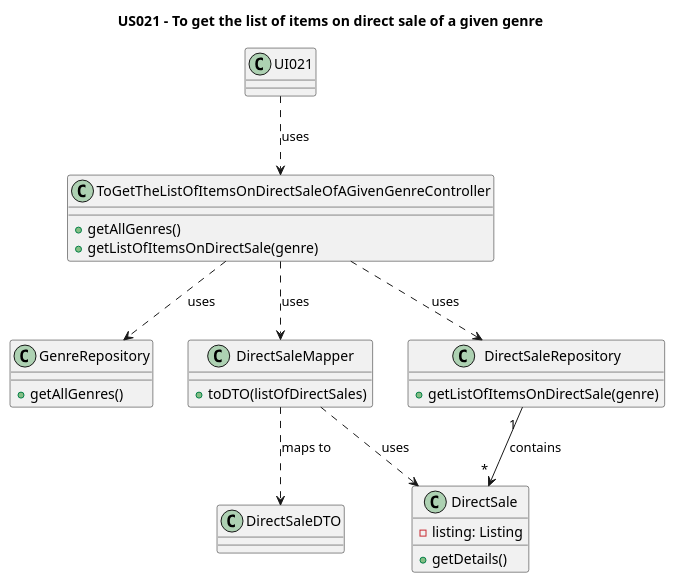
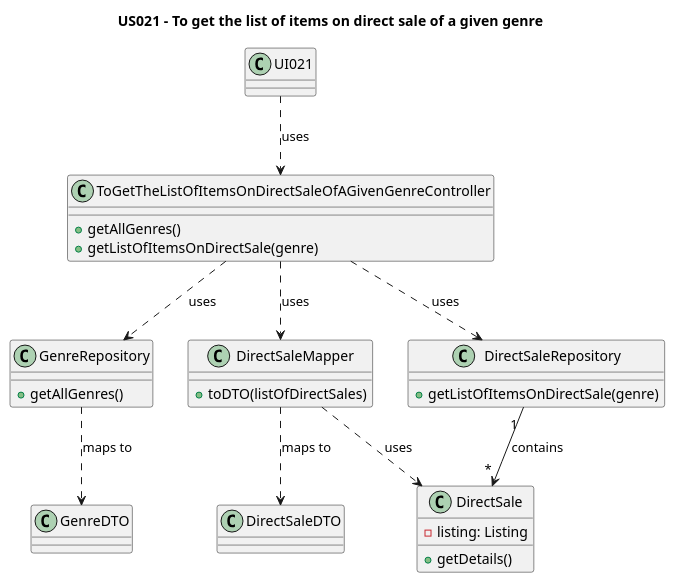
The diagram in Diagrams/ClassDiagrams/US021-to-get-the-list-of-items-on-direct-sale-of-a-given-genre.puml (AndrePereiraGitH/SWitCH-Project-Team_A), drawn with PlantUML before and after one commit. The commit also changed 5 other files, not shown here.

```diff
--- a/Diagrams/ClassDiagrams/US021-to-get-the-list-of-items-on-direct-sale-of-a-given-genre.puml
+++ b/Diagrams/ClassDiagrams/US021-to-get-the-list-of-items-on-direct-sale-of-a-given-genre.puml
@@ -1,79 +1,83 @@
 @startuml
 title US021 - To get the list of items on direct sale of a given genre
 
 class UI021 {
 
 }
 
 class ToGetTheListOfItemsOnDirectSaleOfAGivenGenreController {
   +getAllGenres()
   +getListOfItemsOnDirectSale(genre)
 }
 
 class GenreRepository {
   +getAllGenres()
+}
+
+class GenreDTO {
 }
 
 class DirectSaleMapper {
    +toDTO(listOfDirectSales)
 }
 
 class DirectSaleRepository {
   +getListOfItemsOnDirectSale(genre)
 }
 
 class DirectSale {
   - listing: Listing
   +getDetails()
 }
 
 /'
 class Listing {
   - item: Item
   - saleType: SaleType
 }
 
 enum SaleType {
     DIRECT_SALE
     AUCTION
 }
 
 class Item {
     - publication: Publication
 }
 
 class Publication {
     - bibliographicalData: BibliographicalData
     - code: Code
 }
 
 class BibliographicalData {
     - title: String
     - genre: Genre
 }
 
 class Genre {
     - genreType: String
 }
 '/
 
 ' Interactions
 
 UI021 ..> ToGetTheListOfItemsOnDirectSaleOfAGivenGenreController : uses
 ToGetTheListOfItemsOnDirectSaleOfAGivenGenreController ..> DirectSaleRepository : uses
 ToGetTheListOfItemsOnDirectSaleOfAGivenGenreController ..> GenreRepository : uses
+GenreRepository ..> GenreDTO : maps to
 DirectSaleRepository "1 " --> " * " DirectSale : contains
 ToGetTheListOfItemsOnDirectSaleOfAGivenGenreController ..> DirectSaleMapper : uses
 DirectSaleMapper ..> DirectSaleDTO : maps to
 DirectSaleMapper ..> DirectSale : uses
 /'
 DirectSale "1" --> "1" Listing : has
 Listing "                                *" --> "1" SaleType : can be\nsold by
 Listing "1"--> "1..*" Item : lists an
 Item "*" --> "1" Publication: has
 Publication "*" --> "1" BibliographicalData: has
 BibliographicalData "*" --> "1..*" Genre: has
 Genre "1" ..> "1" GenreRepository: uses
 '/
 
 @enduml
```
